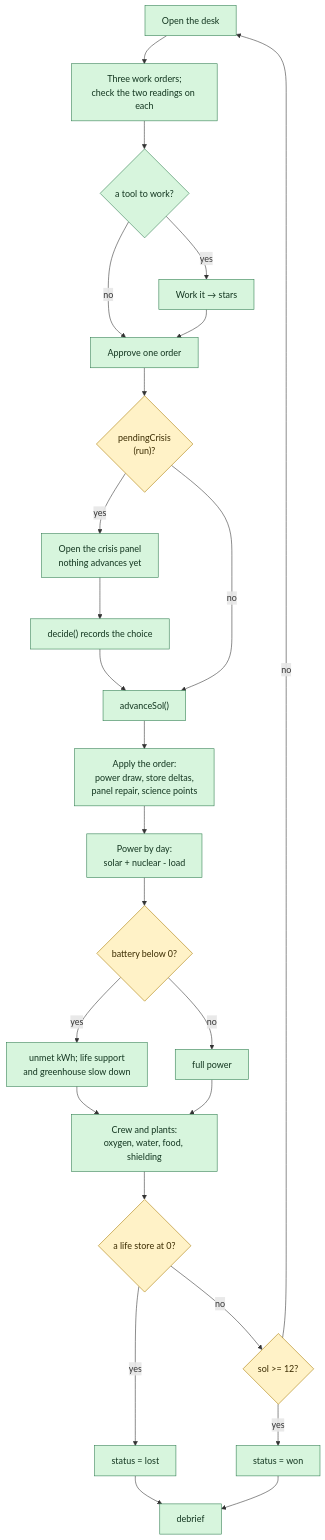
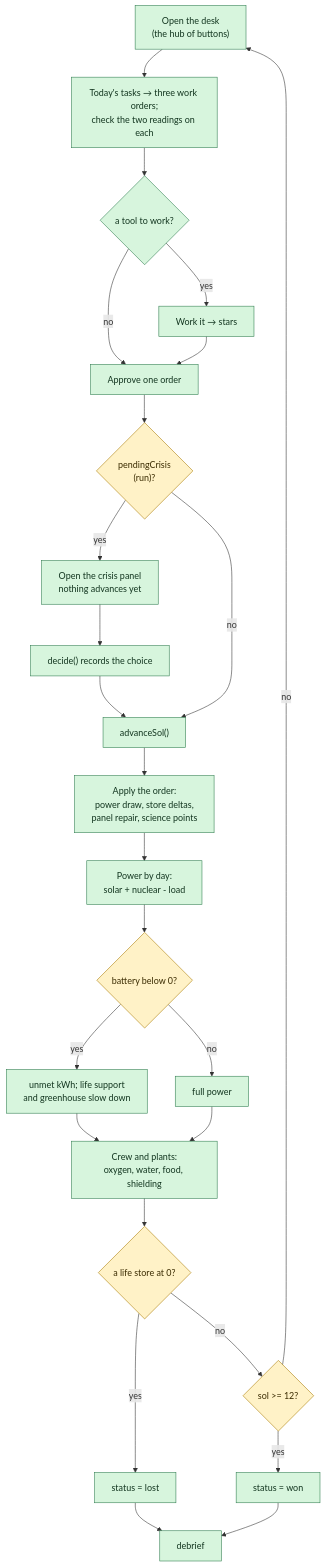
Before and after one commit to Theteamakrasia/Mars-Horizon-Junior-Astronaut-Mission-Trainer: the second of 4 diagrams in docs/game-flow.md, drawn with Mermaid. The commit also changed other lines of this file and 25 other files, not shown here.

First line of the commit message:
feat(act): the desk is a hub of buttons

````diff
--- a/docs/game-flow.md
+++ b/docs/game-flow.md
@@ -116,32 +116,32 @@
 ```mermaid
 flowchart TD
-    A["Open the desk"] --> P["Three work orders;<br/>check the two readings on each"]
+    A["Open the desk<br/>(the hub of buttons)"] --> P["Today's tasks → three work orders;<br/>check the two readings on each"]
     P --> W{"a tool to work?"}
     W -->|"yes"| W2["Work it → stars"]
     W -->|"no"| Q
     W2 --> Q["Approve one order"]
     Q --> B{"pendingCrisis<br/>(run)?"}
     B -->|"yes"| C["Open the crisis panel<br/>nothing advances yet"]
     C --> D["decide() records the choice"]
     D --> E["advanceSol()"]
     B -->|"no"| E
     E --> E2["Apply the order:<br/>power draw, store deltas,<br/>panel repair, science points"]
     E2 --> F["Power by day:<br/>solar + nuclear - load"]
     F --> G{"battery below 0?"}
     G -->|"yes"| H["unmet kWh; life support<br/>and greenhouse slow down"]
     G -->|"no"| I["full power"]
     H --> J["Crew and plants:<br/>oxygen, water, food, shielding"]
     I --> J
     J --> K{"a life store at 0?"}
     K -->|"yes"| L["status = lost"]
     K -->|"no"| M{"sol >= 12?"}
     M -->|"yes"| N["status = won"]
     M -->|"no"| A
     L --> O["debrief"]
     N --> O
 
     classDef impl fill:#d7f5dd,stroke:#2f7d4f,color:#12351f
     classDef gate fill:#fff2c7,stroke:#a97a00,color:#3a2b00
     class A,P,W,W2,Q,C,D,E,E2,F,H,I,J,L,N,O impl
     class B,G,K,M gate
 ```
````
